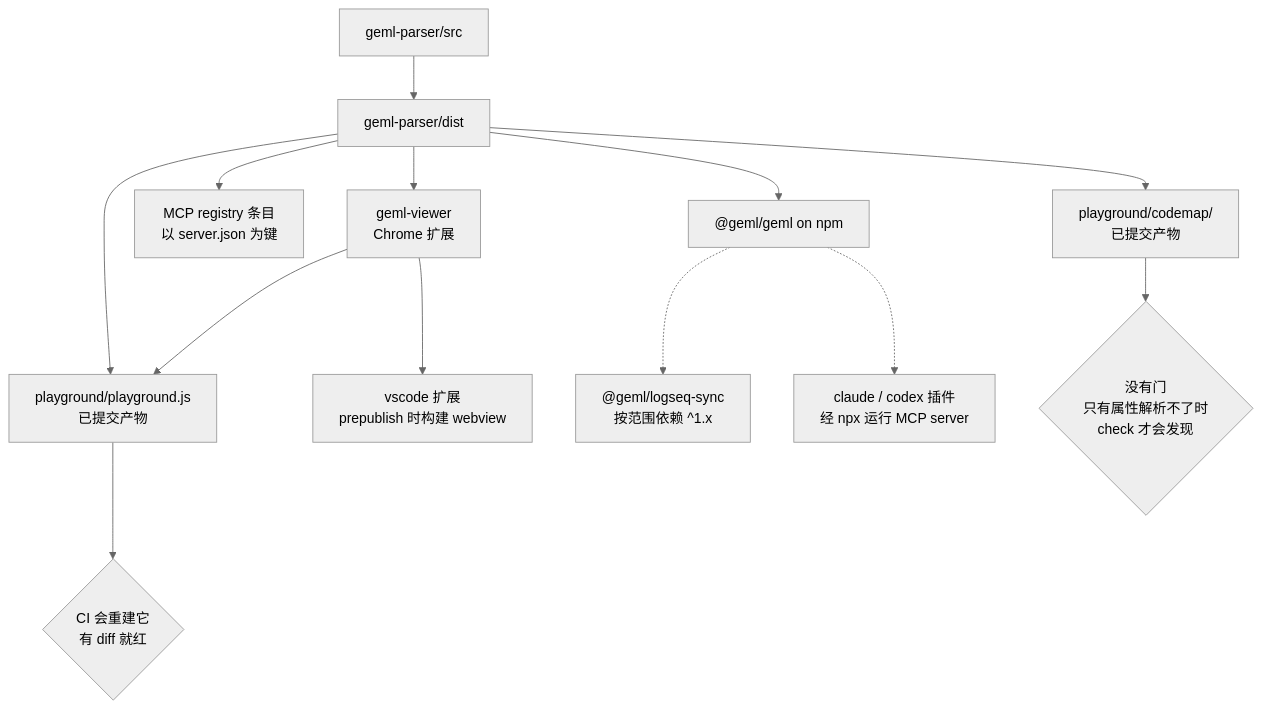
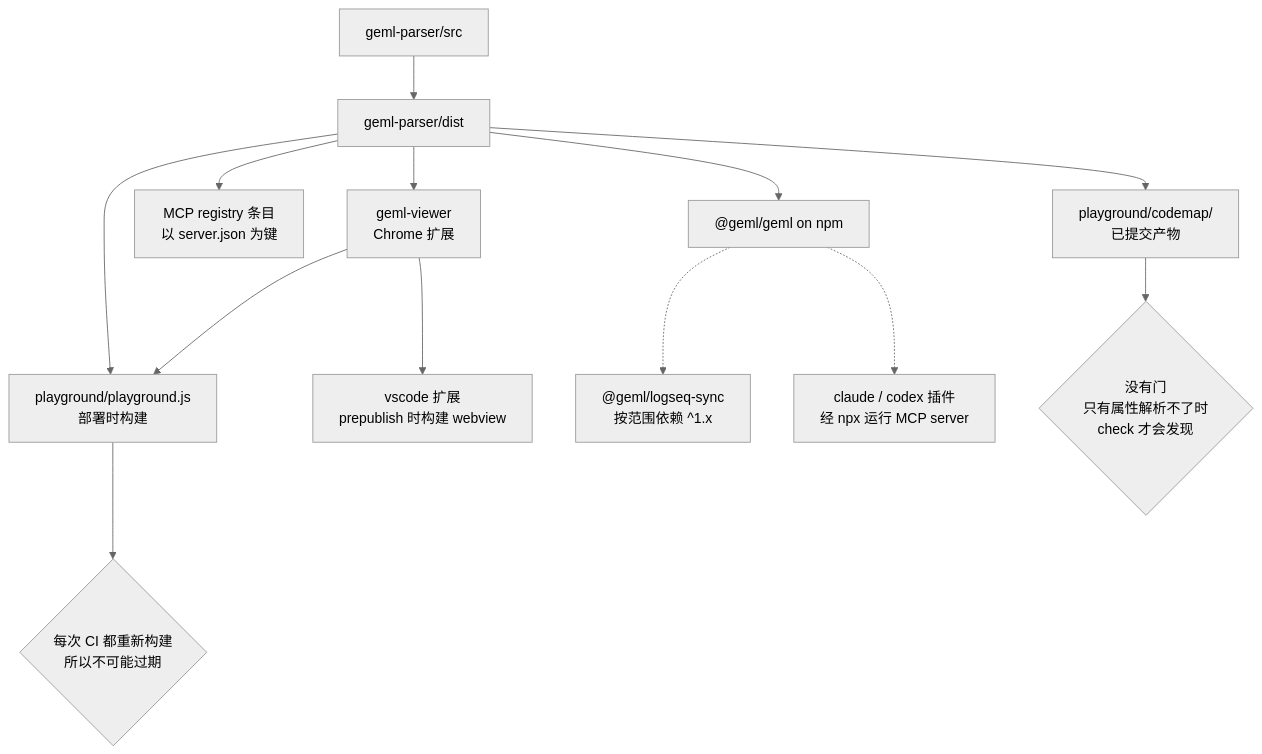
One commit to geml-spec/geml changed the diagram in docs/PUBLISHING_CN.md. Above: the diagram before and after it, drawn with Mermaid (neutral theme). The commit also changed other lines of this file and 34 other files, not shown here.

````diff
--- a/docs/PUBLISHING_CN.md
+++ b/docs/PUBLISHING_CN.md
@@ -20,18 +20,18 @@
 ```mermaid
 flowchart TD
   SRC["geml-parser/src"] --> DIST["geml-parser/dist"]
 
   DIST --> NPM["@geml/geml on npm"]
   DIST --> MCP["MCP registry 条目<br/>以 server.json 为键"]
   DIST --> VIEWER["geml-viewer<br/>Chrome 扩展"]
-  DIST --> BUNDLE["playground/playground.js<br/>已提交产物"]
+  DIST --> BUNDLE["playground/playground.js<br/>部署时构建"]
   DIST --> MAP["playground/codemap/<br/>已提交产物"]
   VIEWER --> VSCODE["vscode 扩展<br/>prepublish 时构建 webview"]
   VIEWER --> BUNDLE
 
   NPM -.-> LOGSEQ["@geml/logseq-sync<br/>按范围依赖 ^1.x"]
   NPM -.-> PLUGINS["claude / codex 插件<br/>经 npx 运行 MCP server"]
 
-  BUNDLE --> G1{"CI 会重建它<br/>有 diff 就红"}
+  BUNDLE --> G1{"每次 CI 都重新构建<br/>所以不可能过期"}
   MAP --> G2{"没有门<br/>只有属性解析不了时<br/>check 才会发现"}
 ```
````
